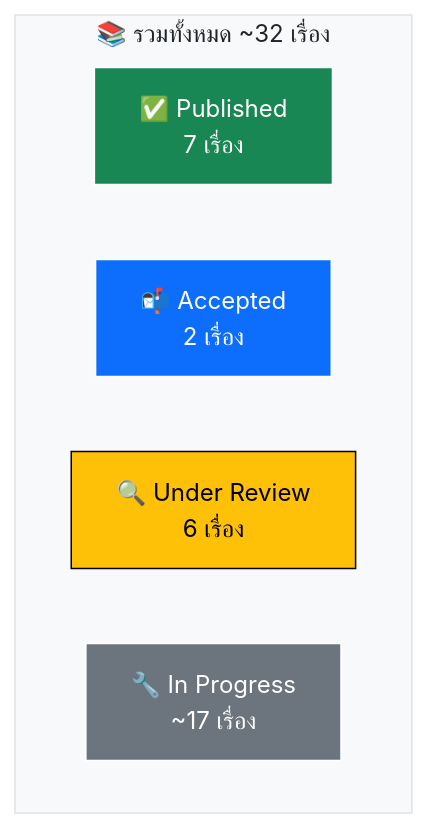
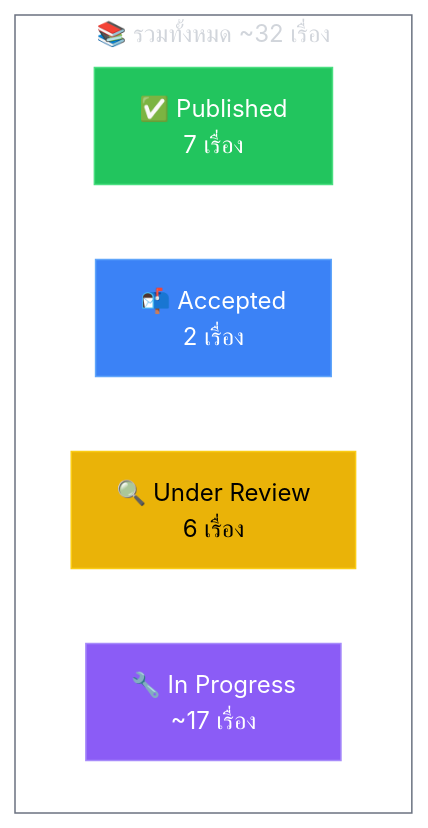
Before and after one commit to nutthakorn7/kmutnb-fte-portfolio: the first of 5 diagrams in research-plan/research_plan_2026_2029.md, drawn with Mermaid. The commit also changed other lines of this file and 5 other files, not shown here.

Commit message:
Unify dark theme: bright Mermaid colors across all pages (README, research plan, 4 teaching plans)

````diff
--- a/research-plan/research_plan_2026_2029.md
+++ b/research-plan/research_plan_2026_2029.md
@@ -100,16 +100,16 @@
 ```mermaid
 graph LR
     subgraph total["📚 รวมทั้งหมด ~32 เรื่อง"]
         direction LR
         A["✅ Published<br/>7 เรื่อง"]
         B["📬 Accepted<br/>2 เรื่อง"]
         C["🔍 Under Review<br/>6 เรื่อง"]
         D["🔧 In Progress<br/>~17 เรื่อง"]
     end
 
-    style A fill:#198754,stroke:#fff,color:#fff
-    style B fill:#0D6EFD,stroke:#fff,color:#fff
-    style C fill:#FFC107,stroke:#000,color:#000
-    style D fill:#6C757D,stroke:#fff,color:#fff
-    style total fill:#f8f9fa,stroke:#dee2e6,color:#212529
+    style A fill:#22c55e,stroke:#4ade80,color:#fff
+    style B fill:#3b82f6,stroke:#60a5fa,color:#fff
+    style C fill:#eab308,stroke:#facc15,color:#000
+    style D fill:#8b5cf6,stroke:#a78bfa,color:#fff
+    style total fill:transparent,stroke:#6b7280,color:#d1d5db
 ```
````
